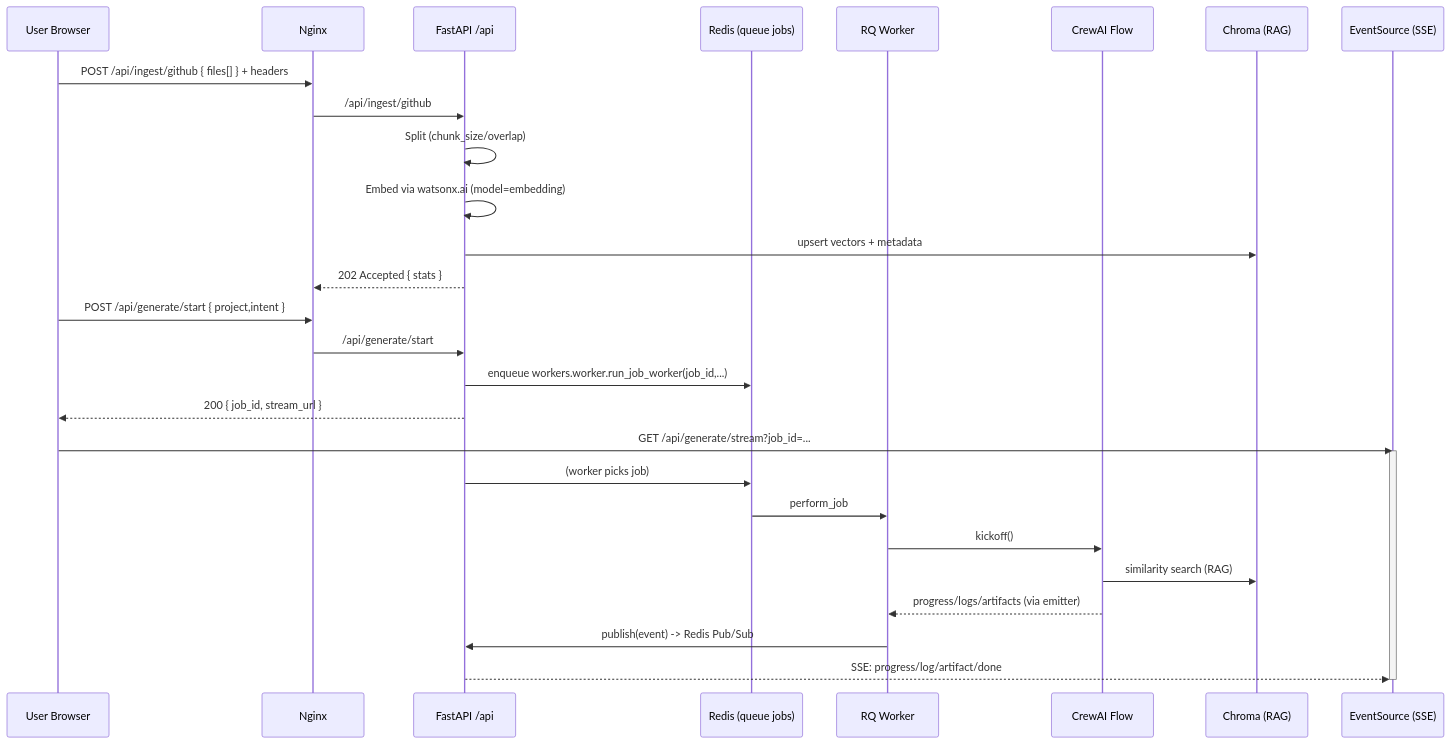
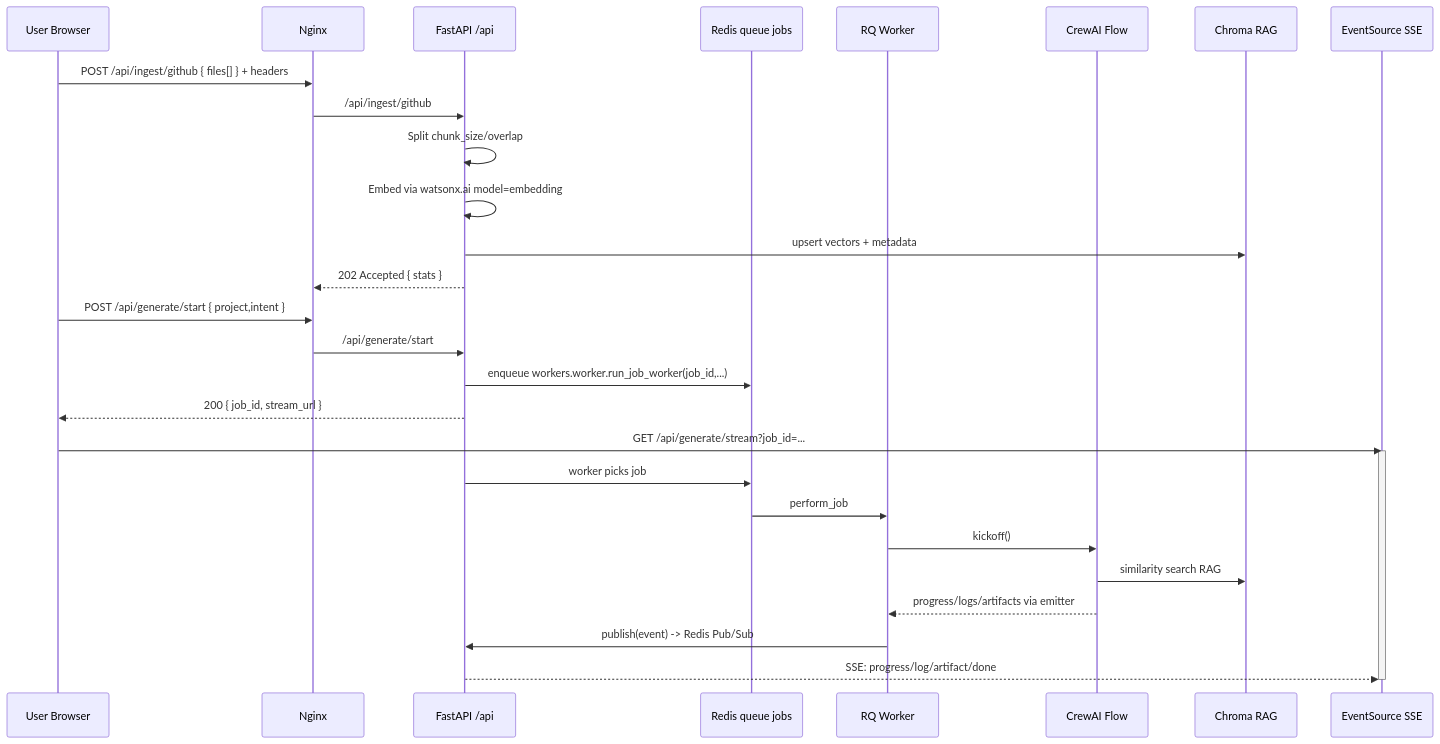
One commit to ruslanmv/workshop-builder changed the second of 6 diagrams in docs/diagrams.md. Above: the diagram before and after it, drawn with Mermaid. The commit also changed other lines of this file, not shown here.

````diff
--- a/docs/diagrams.md
+++ b/docs/diagrams.md
@@ -44,34 +44,34 @@
 ```mermaid
 sequenceDiagram
     participant Dev as User Browser
     participant NX as Nginx
     participant API as FastAPI /api
-    participant RQ as Redis (queue jobs)
+    participant RQ as Redis queue jobs
     participant W as RQ Worker
     participant Flow as CrewAI Flow
-    participant CH as Chroma (RAG)
-    participant SSE as EventSource (SSE)
+    participant CH as Chroma RAG
+    participant SSE as EventSource SSE
 
     Dev->>NX: POST /api/ingest/github { files[] } + headers
     NX->>API: /api/ingest/github
-    API->>API: Split (chunk_size/overlap)
-    API->>API: Embed via watsonx.ai (model=embedding)
+    API->>API: Split chunk_size/overlap
+    API->>API: Embed via watsonx.ai model=embedding
     API->>CH: upsert vectors + metadata
     API-->>NX: 202 Accepted { stats }
 
     Dev->>NX: POST /api/generate/start { project,intent }
     NX->>API: /api/generate/start
     API->>RQ: enqueue workers.worker.run_job_worker(job_id,...)
     API-->>Dev: 200 { job_id, stream_url }
 
     Dev->>SSE: GET /api/generate/stream?job_id=...
     activate SSE
-    API->>RQ: (worker picks job)
+    API->>RQ: worker picks job
     RQ->>W: perform_job
     W->>Flow: kickoff()
-    Flow->>CH: similarity search (RAG)
-    Flow-->>W: progress/logs/artifacts (via emitter)
+    Flow->>CH: similarity search RAG
+    Flow-->>W: progress/logs/artifacts via emitter
     W->>API: publish(event) -> Redis Pub/Sub
     API-->>SSE: SSE: progress/log/artifact/done
     deactivate SSE
 ```
````
